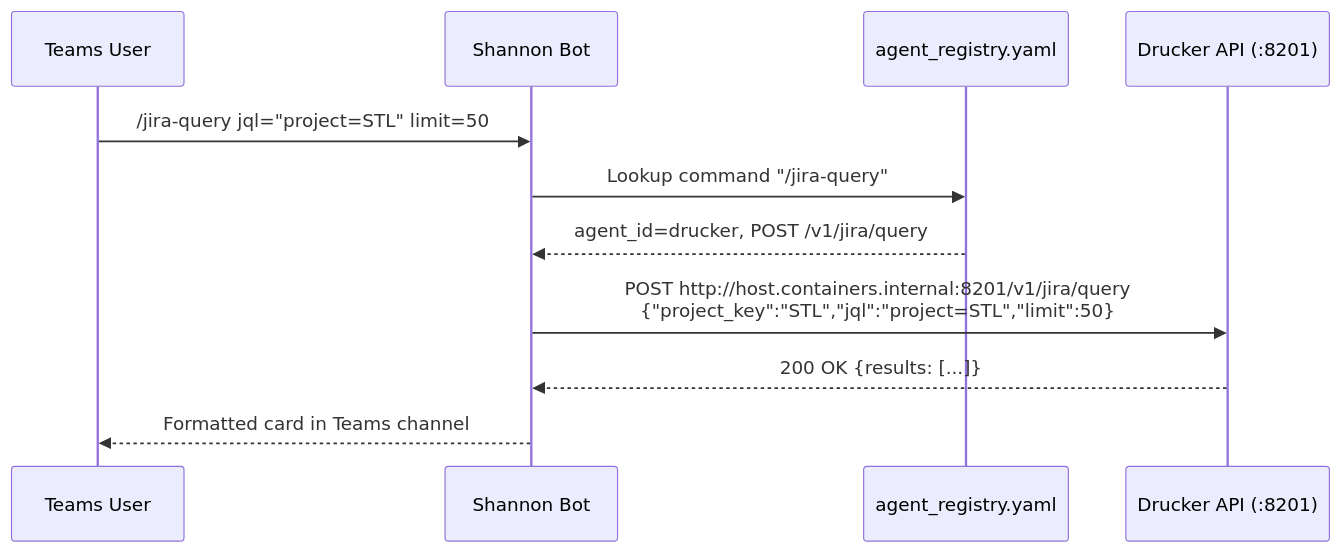
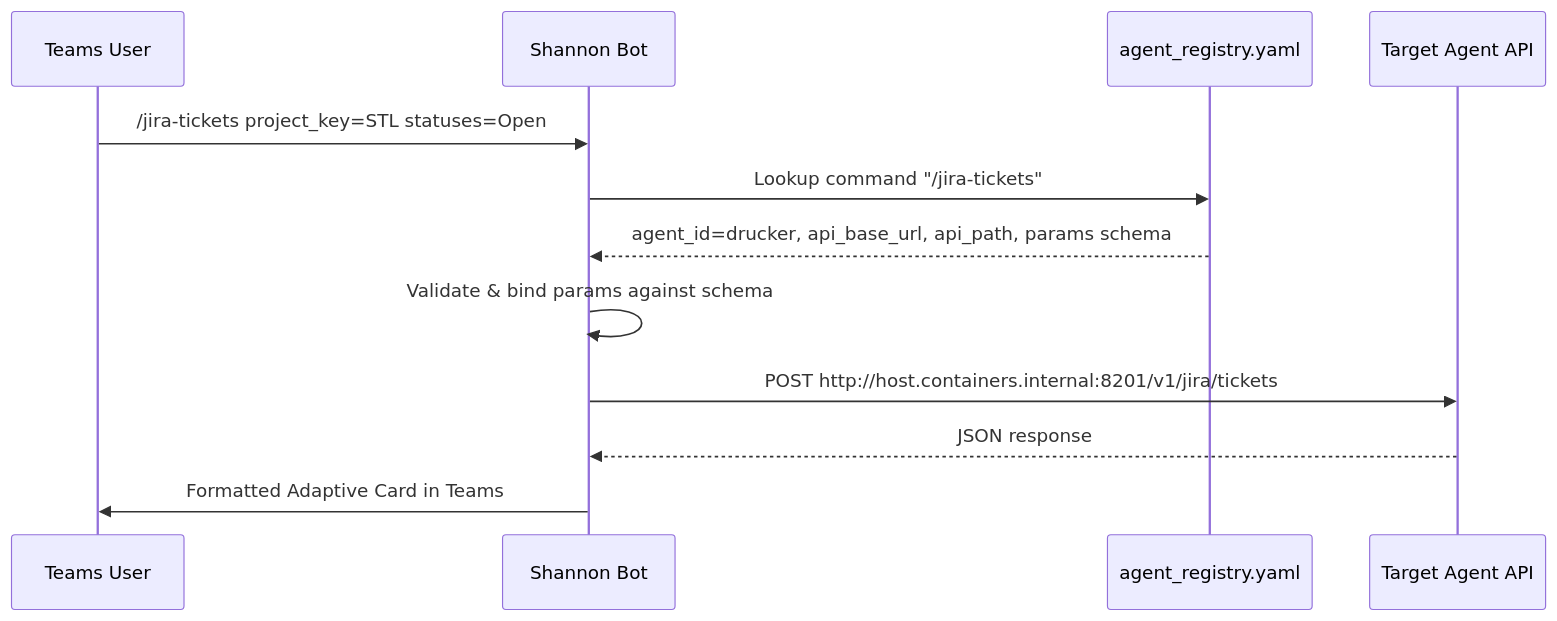
The second of 4 diagrams in docs/config-shannon.md (jmac-cornelis/agent-workforce), drawn with Mermaid before and after one commit. The commit also changed other lines of this file and 7 other files, not shown here.

````diff
--- a/docs/config-shannon.md
+++ b/docs/config-shannon.md
@@ -68,14 +66,15 @@
 ```mermaid
 sequenceDiagram
     participant User as Teams User
     participant Shannon as Shannon Bot
-    participant Registry as agent_registry.yaml
-    participant Drucker as Drucker API (:8201)
+    participant AR as agent_registry.yaml
+    participant Agent as Target Agent API
 
-    User->>Shannon: /jira-query jql="project=STL" limit=50
-    Shannon->>Registry: Lookup command "/jira-query"
-    Registry-->>Shannon: agent_id=drucker, POST /v1/jira/query
-    Shannon->>Drucker: POST http://host.containers.internal:8201/v1/jira/query<br/>{"project_key":"STL","jql":"project=STL","limit":50}
-    Drucker-->>Shannon: 200 OK {results: [...]}
-    Shannon-->>User: Formatted card in Teams channel
+    User->>Shannon: /jira-tickets project_key=STL statuses=Open
+    Shannon->>AR: Lookup command "/jira-tickets"
+    AR-->>Shannon: agent_id=drucker, api_base_url, api_path, params schema
+    Shannon->>Shannon: Validate & bind params against schema
+    Shannon->>Agent: POST http://host.containers.internal:8201/v1/jira/tickets
+    Agent-->>Shannon: JSON response
+    Shannon->>User: Formatted Adaptive Card in Teams
 ```
````
